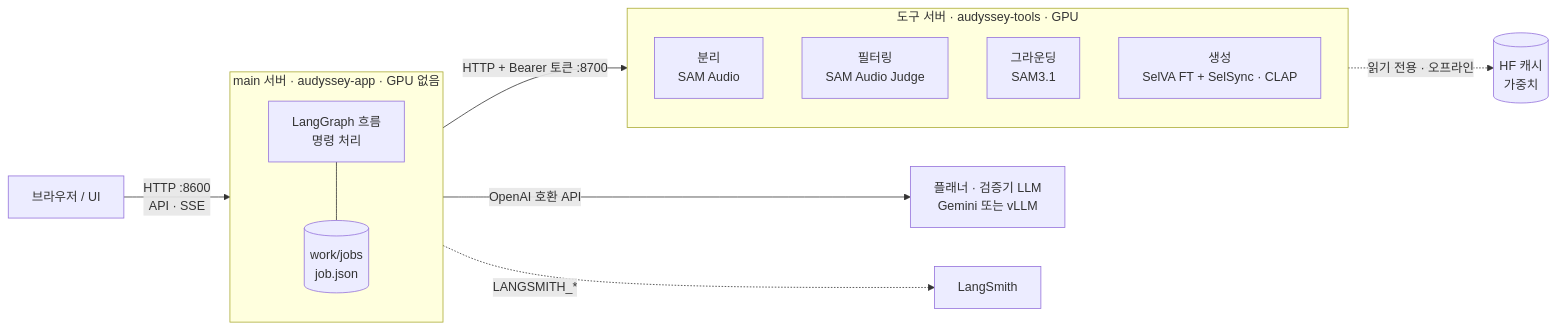
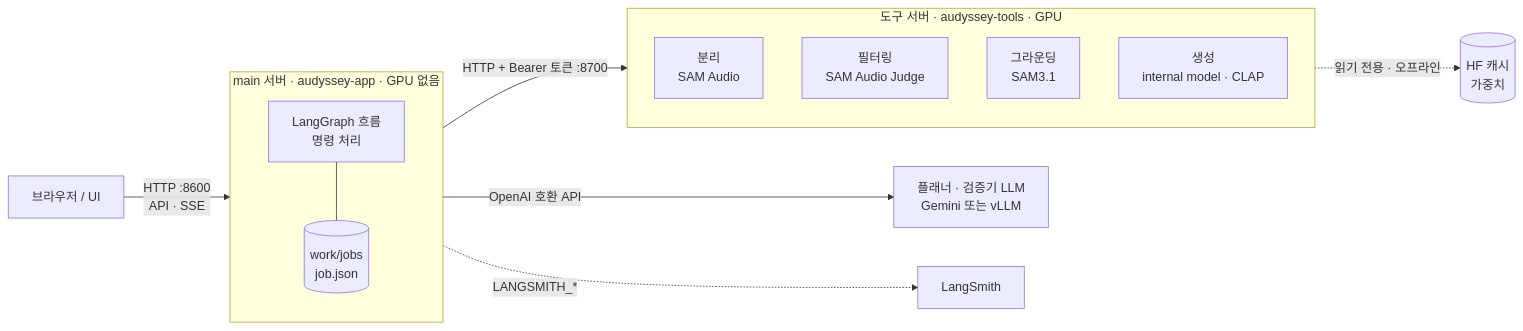
Before and after one commit to capstone-audissey-fall-2026/audissey: the second of 2 diagrams in README.md, drawn with Mermaid. The commit also changed other lines of this file and 15 other files, not shown here.

First line of the commit message:
chore: call the generation model the internal model

````diff
--- a/README.md
+++ b/README.md
@@ -47,17 +47,17 @@
 ```mermaid
 flowchart LR
   UI["브라우저 / UI"] -- "HTTP :8600<br/>API · SSE" --> MAIN
   subgraph MAIN["main 서버 · audyssey-app · GPU 없음"]
     GRAPH["LangGraph 흐름<br/>명령 처리"] --- STORE[("work/jobs<br/>job.json")]
   end
   MAIN -- "OpenAI 호환 API" --> LLM["플래너 · 검증기 LLM<br/>Gemini 또는 vLLM"]
   MAIN -- "HTTP + Bearer 토큰 :8700" --> TOOLS
   subgraph TOOLS["도구 서버 · audyssey-tools · GPU"]
     T1["분리<br/>SAM Audio"]
     T2["필터링<br/>SAM Audio Judge"]
     T3["그라운딩<br/>SAM3.1"]
-    T4["생성<br/>SelVA FT + SelSync · CLAP"]
+    T4["생성<br/>internal model · CLAP"]
   end
   TOOLS -. "읽기 전용 · 오프라인" .-> HF[("HF 캐시<br/>가중치")]
   MAIN -. "LANGSMITH_*" .-> LS["LangSmith"]
 ```
````
